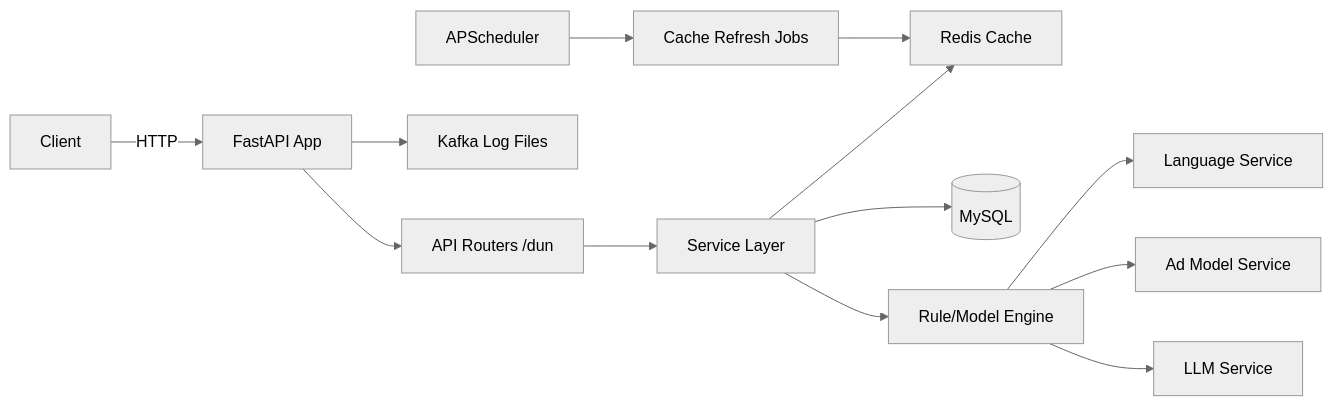
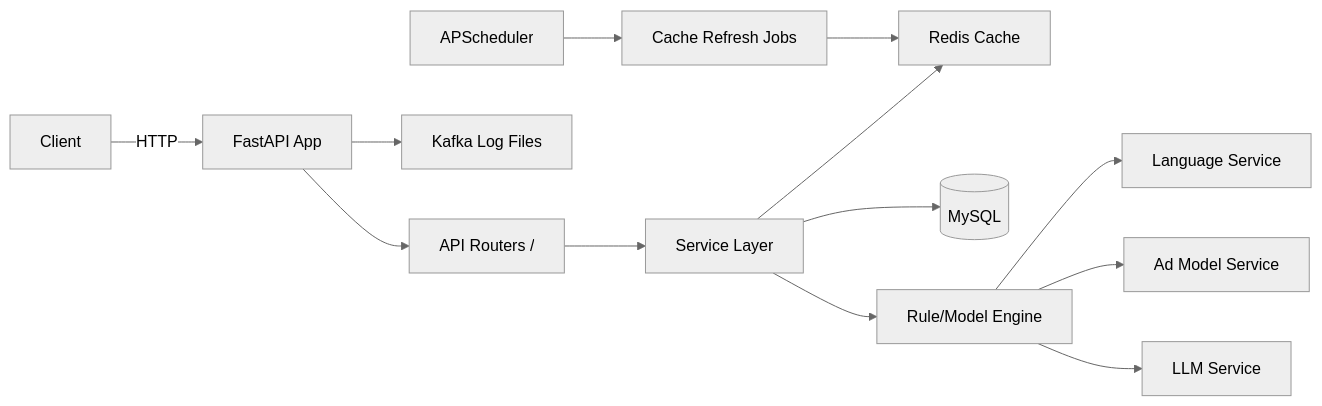
The first of 3 diagrams in docs/FASTAPI_DEV_GUIDE.md (devin2255/YuYan), drawn with Mermaid (neutral theme) before and after one commit. The commit also changed other lines of this file and 78 other files, not shown here.

````diff
--- a/docs/FASTAPI_DEV_GUIDE.md
+++ b/docs/FASTAPI_DEV_GUIDE.md
@@ -120,15 +120,15 @@
 ```mermaid
 flowchart LR
   C[Client] -->|HTTP| API[FastAPI App]
-  API --> R[API Routers /dun]
+  API --> R[API Routers /]
   R --> S[Service Layer]
   S --> Cache[Redis Cache]
   S --> DB[(MySQL)]
   S --> Rule[Rule/Model Engine]
   Rule --> Lang[Language Service]
   Rule --> Ad[Ad Model Service]
   Rule --> LLM[LLM Service]
   API --> Log[Kafka Log Files]
   Sch[APScheduler] --> Jobs[Cache Refresh Jobs]
   Jobs --> Cache
 ```
````
